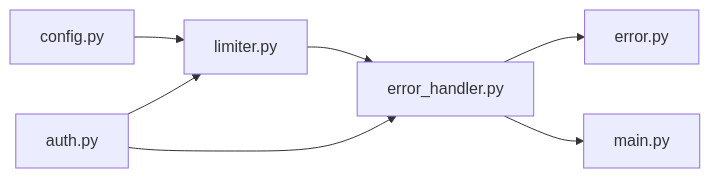
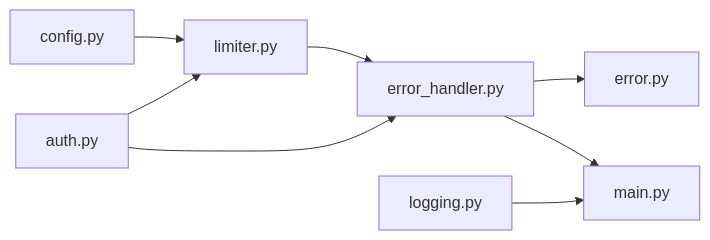
Before and after one commit to ss8806/Todos: the eighth of 9 diagrams in .qoder/repowiki/ja/content/セキュリティ対策/レート制限/エラーハンドリング.md, drawn with Mermaid. The commit also changed other lines of this file and 9 other files, not shown here.

````diff
--- a/.qoder/repowiki/ja/content/セキュリティ対策/レート制限/エラーハンドリング.md
+++ b/.qoder/repowiki/ja/content/セキュリティ対策/レート制限/エラーハンドリング.md
@@ -273,9 +317,10 @@
 ```mermaid
 graph LR
 Config[config.py] --> Limiter[limiter.py]
 Limiter --> ErrorHandler[error_handler.py]
 ErrorHandler --> Schema[error.py]
 ErrorHandler --> Main[main.py]
 Auth[auth.py] --> Limiter
 Auth --> ErrorHandler
+LoggingMW[logging.py] --> Main
 ```
````
